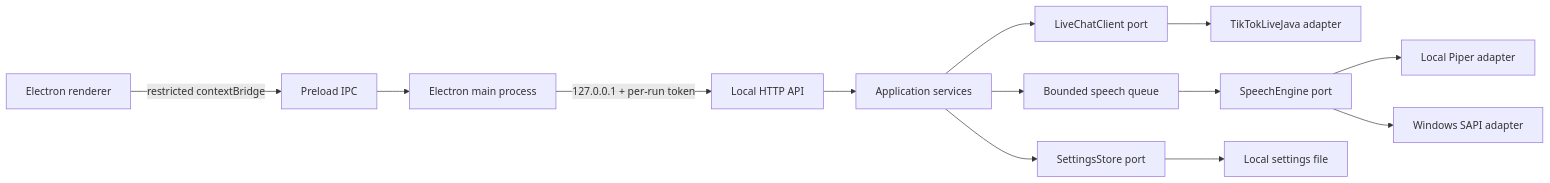
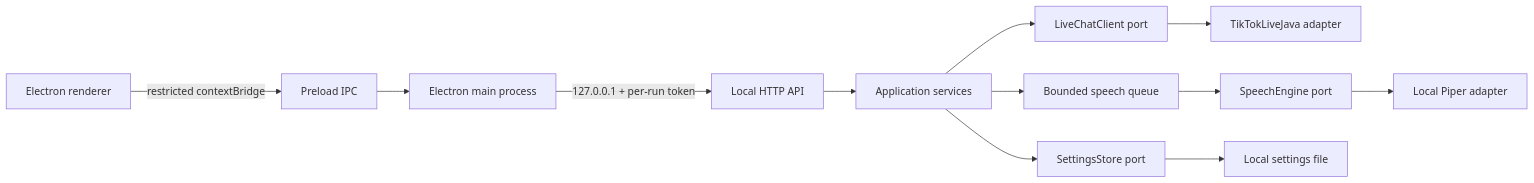
The diagram in README.md (zero780/live-chat-tts), drawn with Mermaid before and after one commit. The commit also changed other lines of this file and 21 other files, not shown here.

````diff
--- a/README.md
+++ b/README.md
@@ -39,15 +39,14 @@
 ```mermaid
 graph LR
   UI[Electron renderer] -->|restricted contextBridge| IPC[Preload IPC]
   IPC --> MAIN[Electron main process]
   MAIN -->|127.0.0.1 + per-run token| API[Local HTTP API]
   API --> APP[Application services]
   APP --> QUEUE[Bounded speech queue]
   APP --> LIVE[LiveChatClient port]
   LIVE --> TIKTOK[TikTokLiveJava adapter]
   QUEUE --> SPEECH[SpeechEngine port]
   SPEECH --> PIPER[Local Piper adapter]
-  SPEECH --> WINDOWS[Windows SAPI adapter]
   APP --> SETTINGS[SettingsStore port]
   SETTINGS --> FILE[Local settings file]
 ```
````
